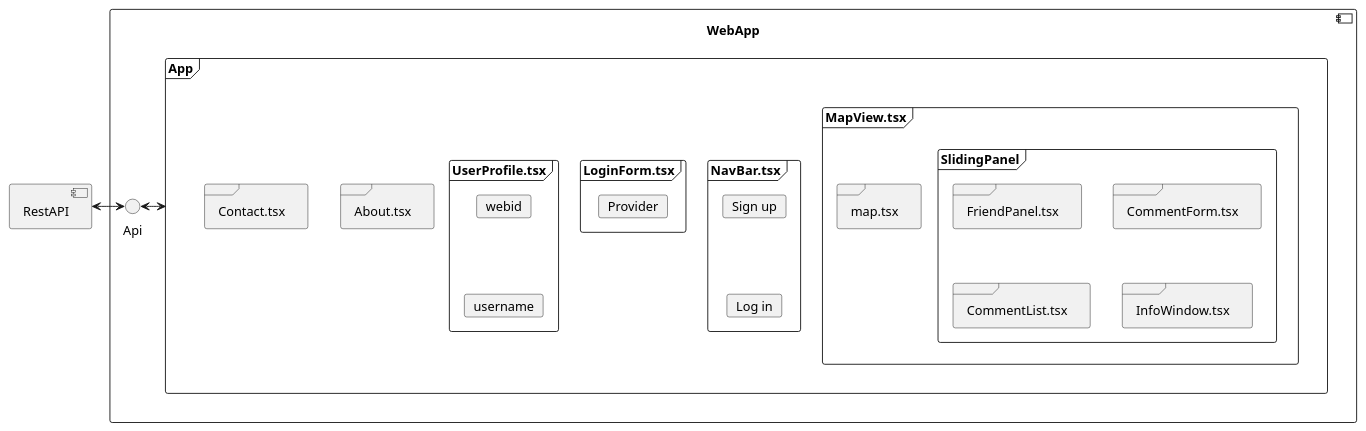
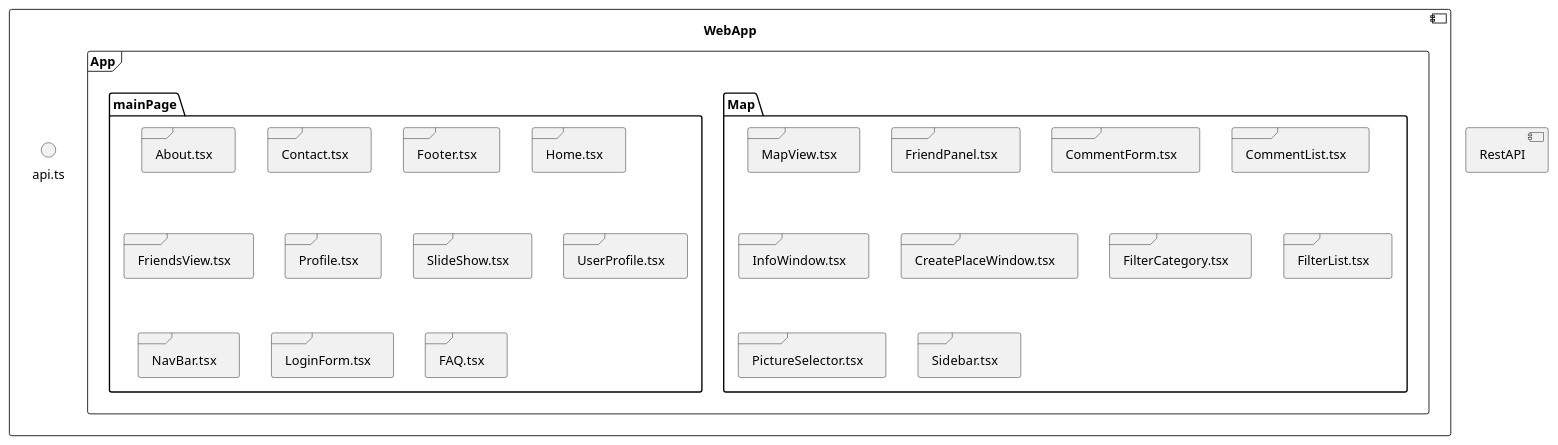
One commit to Arquisoft/lomap_en1a changed the second of 5 diagrams in docs/05_building_block_view.adoc. Above: the diagram before and after it, drawn with PlantUML. The commit also changed other lines of this file, not shown here.

Commit message:
HotFix for Section 5 of the Documentation.

```diff
--- a/docs/05_building_block_view.adoc
+++ b/docs/05_building_block_view.adoc
@@ -73,50 +73,48 @@
 [plantuml, "Building Block View - Level 2 WebApp", svg]
 ----
 @startuml
 ' Building Block View Diagram v1.0
 ' Level 2: Webapp
 skinparam actorStyle awesome
 '-----------------------
 'Definition of actors
 '-----------------------
 component WebApp as Frontend{
-    interface Api
+    interface Api as "api.ts"
+
     frame App {
-        frame MapView as "MapView.tsx" {
-            frame Mav as "map.tsx"
-            frame SlidingPanel {
-                frame FriendP as "FriendPanel.tsx"
-                frame CommentForm as "CommentForm.tsx"
-                frame CommentList as "CommentList.tsx"
-                frame InfoWindow as "InfoWindow.tsx"
-            }
+
+        package MapView as "Map" {
+            frame Mav as "MapView.tsx"
+            frame FriendP as "FriendPanel.tsx"
+            frame CommentForm as "CommentForm.tsx"
+            frame CommentList as "CommentList.tsx"
+            frame InfoWindow as "InfoWindow.tsx"
+            frame CreatePlaceWindow as "CreatePlaceWindow.tsx"
+            frame FilterCategory as "FilterCategory.tsx"
+            frame FilterList as "FilterList.tsx"
+            frame InfoWindow as "InfoWindow.tsx"
+            frame PictureSelector as "PictureSelector.tsx"
+            frame Sidebar as "Sidebar.tsx"
         }
-        frame NavBar as "NavBar.tsx"{
-            card Login as "Log in"
-            card Signup as "Sign up"
+
+        package Main as "mainPage"{
+            frame About as "About.tsx"
+            frame Contact as "Contact.tsx"
+            frame Footer as "Footer.tsx"
+            frame Home as "Home.tsx"
+            frame FV as "FriendsView.tsx"
+            frame Profile as "Profile.tsx"
+            frame SS as "SlideShow.tsx"
+            frame UserProfile as "UserProfile.tsx"
+            frame NavBar as "NavBar.tsx"
+            frame LoginForm as "LoginForm.tsx"
+            frame FAQ as "FAQ.tsx"
         }
-        frame LoginForm as "LoginForm.tsx" {
-            card Provider
-        }
-        frame UserProfile as "UserProfile.tsx" {
-            card username
-            card webid
-        }
-        frame About as "About.tsx"
-        frame Contact as "Contact.tsx"
     }
 }
 
 component RestAPI
 
-'-----------------------
-'Definition of relations
-'-----------------------
-App <-> Api
-Api <-l-> RestAPI
-webid -[hidden]- username
-Signup -[hidden]- Login
-
-
 @enduml
 ----
```
